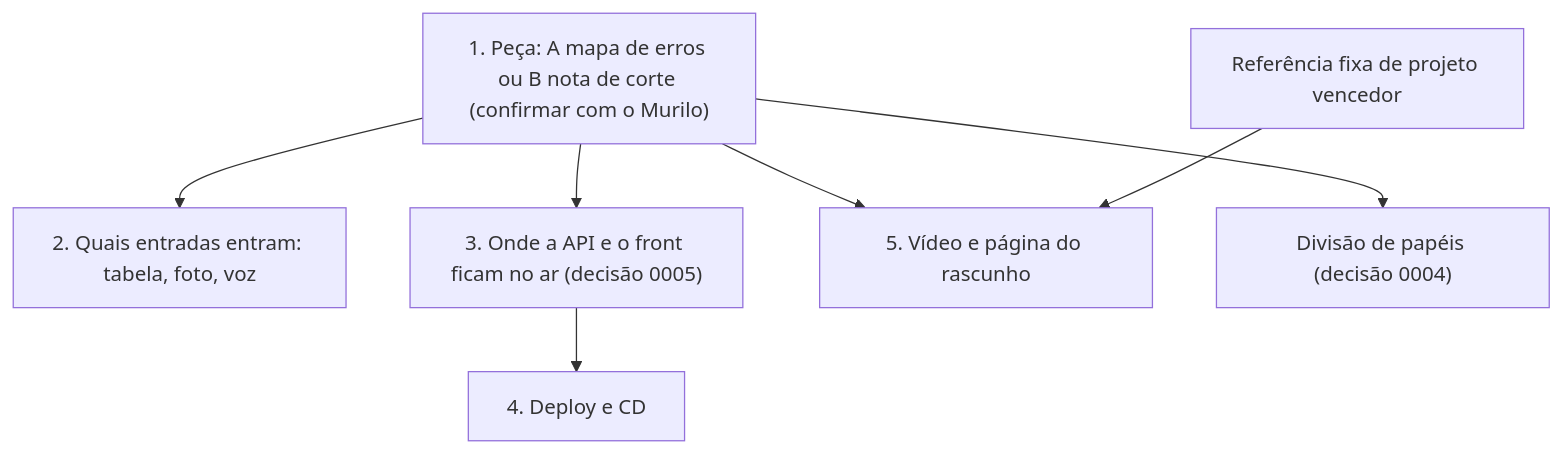
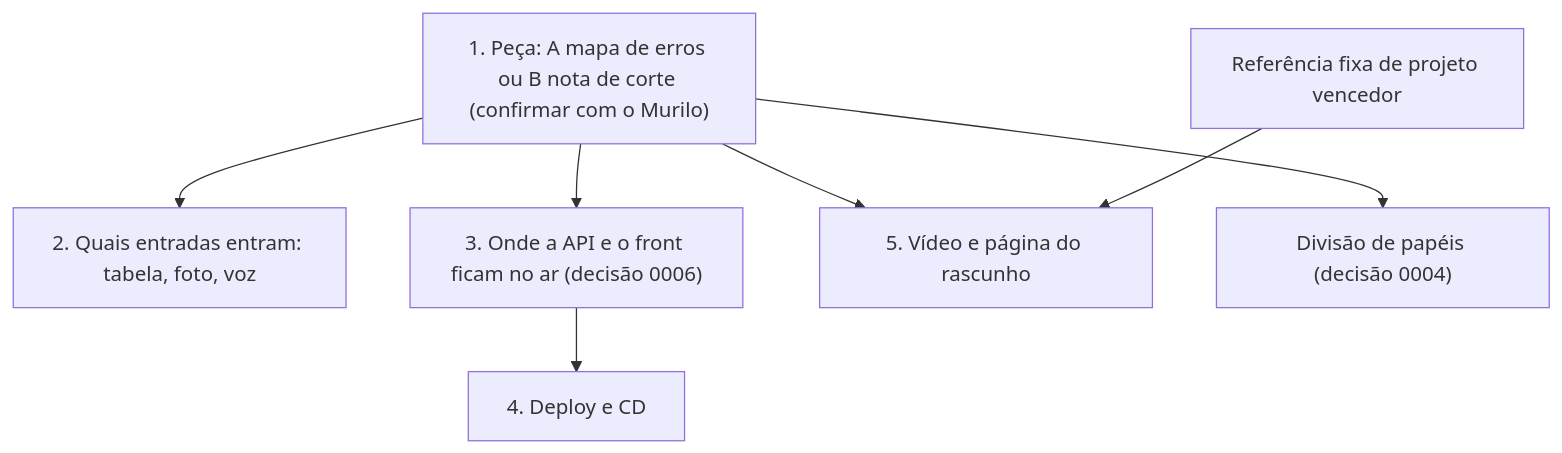
One commit to gbrielzin/paideia changed the diagram in docs/journey/2026-11-05.md. Above: the diagram before and after it, drawn with Mermaid. The commit also changed other lines of this file and 5 other files, not shown here.

````diff
--- a/docs/journey/2026-11-05.md
+++ b/docs/journey/2026-11-05.md
@@ -27,9 +27,9 @@
 ```mermaid
 flowchart TB
   P["1. Peça: A mapa de erros ou B nota de corte (confirmar com o Murilo)"] --> E["2. Quais entradas entram: tabela, foto, voz"]
-  P --> H["3. Onde a API e o front ficam no ar (decisão 0005)"]
+  P --> H["3. Onde a API e o front ficam no ar (decisão 0006)"]
   H --> D["4. Deploy e CD"]
   P --> V["5. Vídeo e página do rascunho"]
   R["Referência fixa de projeto vencedor"] --> V
   P --> RO["Divisão de papéis (decisão 0004)"]
 ```
````
